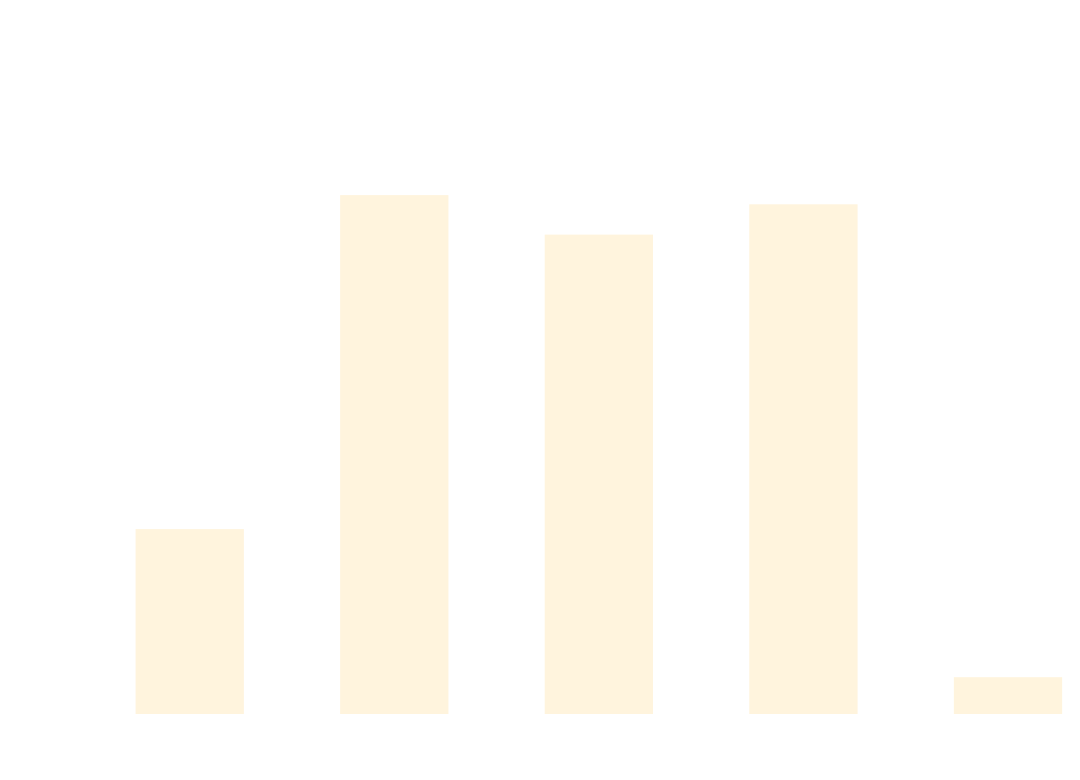
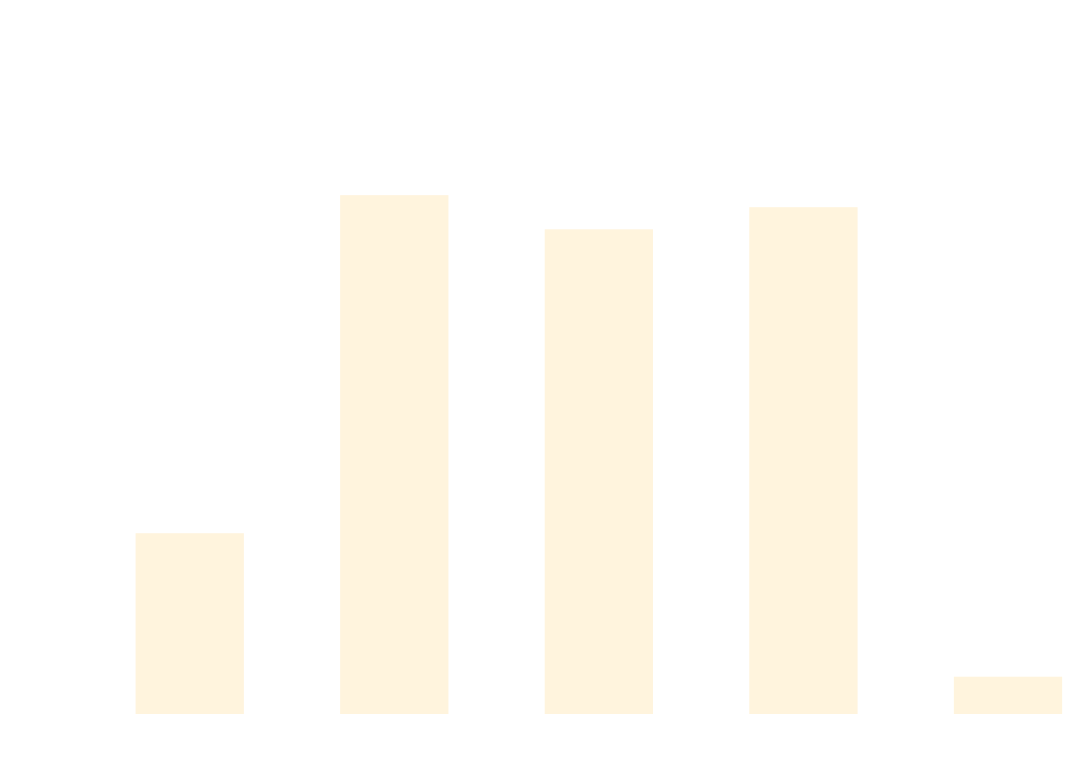
The diagram in docs/docs/benchmarks/MatrixTests.md (thomhurst/TUnit), drawn with Mermaid before and after one commit. The commit also changed other lines of this file and 17 other files, not shown here.

````diff
--- a/docs/docs/benchmarks/MatrixTests.md
+++ b/docs/docs/benchmarks/MatrixTests.md
@@ -27,37 +27,37 @@
 ```mermaid
 %%{init: {
   'theme':'base',
   'themeVariables': {
     'primaryColor': '#2563eb',
     'primaryTextColor': '#ffffff',
     'primaryBorderColor': '#1e40af',
     'lineColor': '#6b7280',
     'secondaryColor': '#7c3aed',
     'tertiaryColor': '#dc2626',
     'background': '#ffffff',
     'mainBkg': '#2563eb',
     'secondBkg': '#7c3aed',
     'tertiaryBkg': '#dc2626',
     'clusterBkg': '#f3f4f6',
     'edgeLabelBackground': '#ffffff',
     'tertiaryTextColor': '#1f2937',
     'pie1': '#2563eb',
     'pie2': '#7c3aed',
     'pie3': '#dc2626',
     'pie4': '#f59e0b',
     'pie5': '#10b981',
     'pie6': '#06b6d4',
     'pie7': '#ec4899',
     'pie8': '#6366f1',
     'pie9': '#84cc16',
     'pie10': '#f97316',
     'pie11': '#14b8a6',
     'pie12': '#a855f7'
   }
 }}%%
 xychart-beta
   title "MatrixTests Performance Comparison"
   x-axis ["TUnit", "NUnit", "MSTest", "xUnit3", "TUnit_AOT"]
-  y-axis "Time (ms)" 0 --> 2017
-  bar [571.51, 1680.48, 1549.34, 1649.92, 79.84]
+  y-axis "Time (ms)" 0 --> 1916
+  bar [529.97, 1596.15, 1488.45, 1558.24, 77.44]
 ```
````
